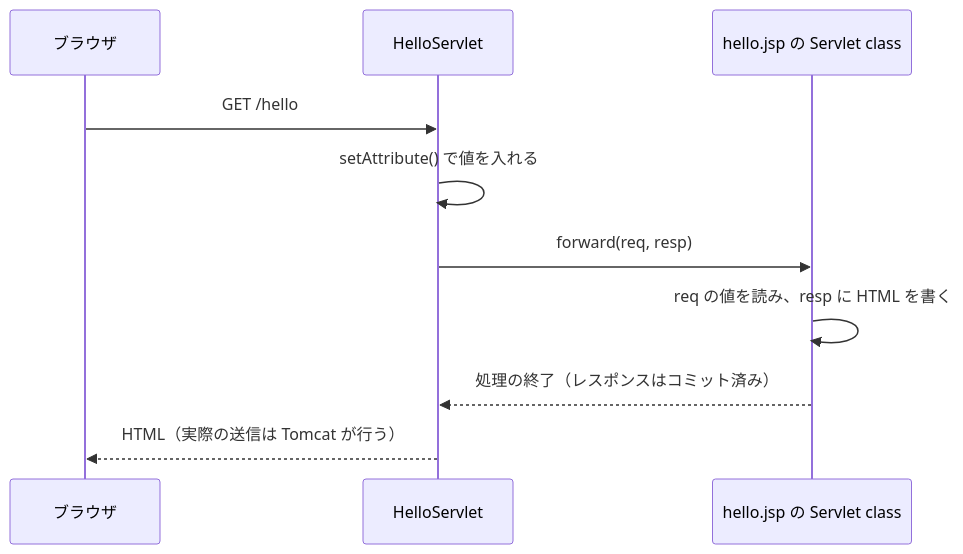
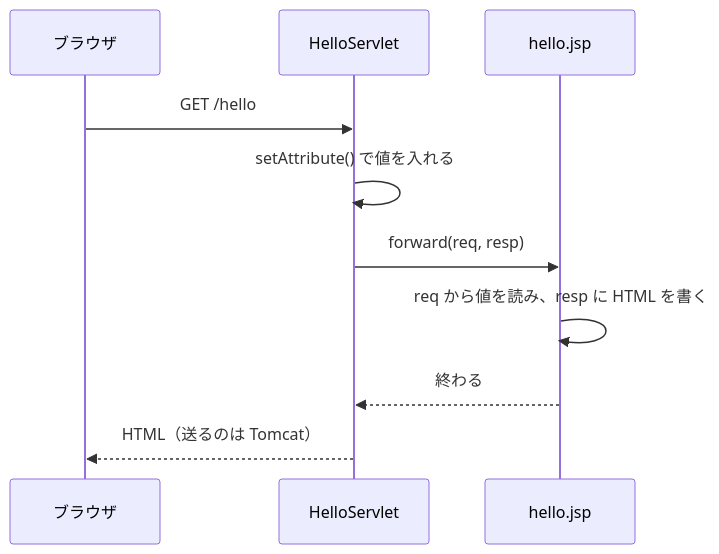
One commit to Appricot144/teaching-material changed the diagram in servlet/05-jsp/03-forward-and-attributes.md. Above: the diagram before and after it, drawn with Mermaid. The commit also changed other lines of this file and 3 other files, not shown here.

````diff
--- a/servlet/05-jsp/03-forward-and-attributes.md
+++ b/servlet/05-jsp/03-forward-and-attributes.md
@@ -35,12 +50,12 @@
 ```mermaid
 sequenceDiagram
     participant B as ブラウザ
     participant S as HelloServlet
-    participant J as hello.jsp の Servlet class
+    participant J as hello.jsp
     B->>S: GET /hello
     S->>S: setAttribute() で値を入れる
     S->>J: forward(req, resp)
-    J->>J: req の値を読み、resp に HTML を書く
-    J-->>S: 処理の終了（レスポンスはコミット済み）
-    S-->>B: HTML（実際の送信は Tomcat が行う）
+    J->>J: req から値を読み、resp に HTML を書く
+    J-->>S: 終わる
+    S-->>B: HTML（送るのは Tomcat）
 ```
````
